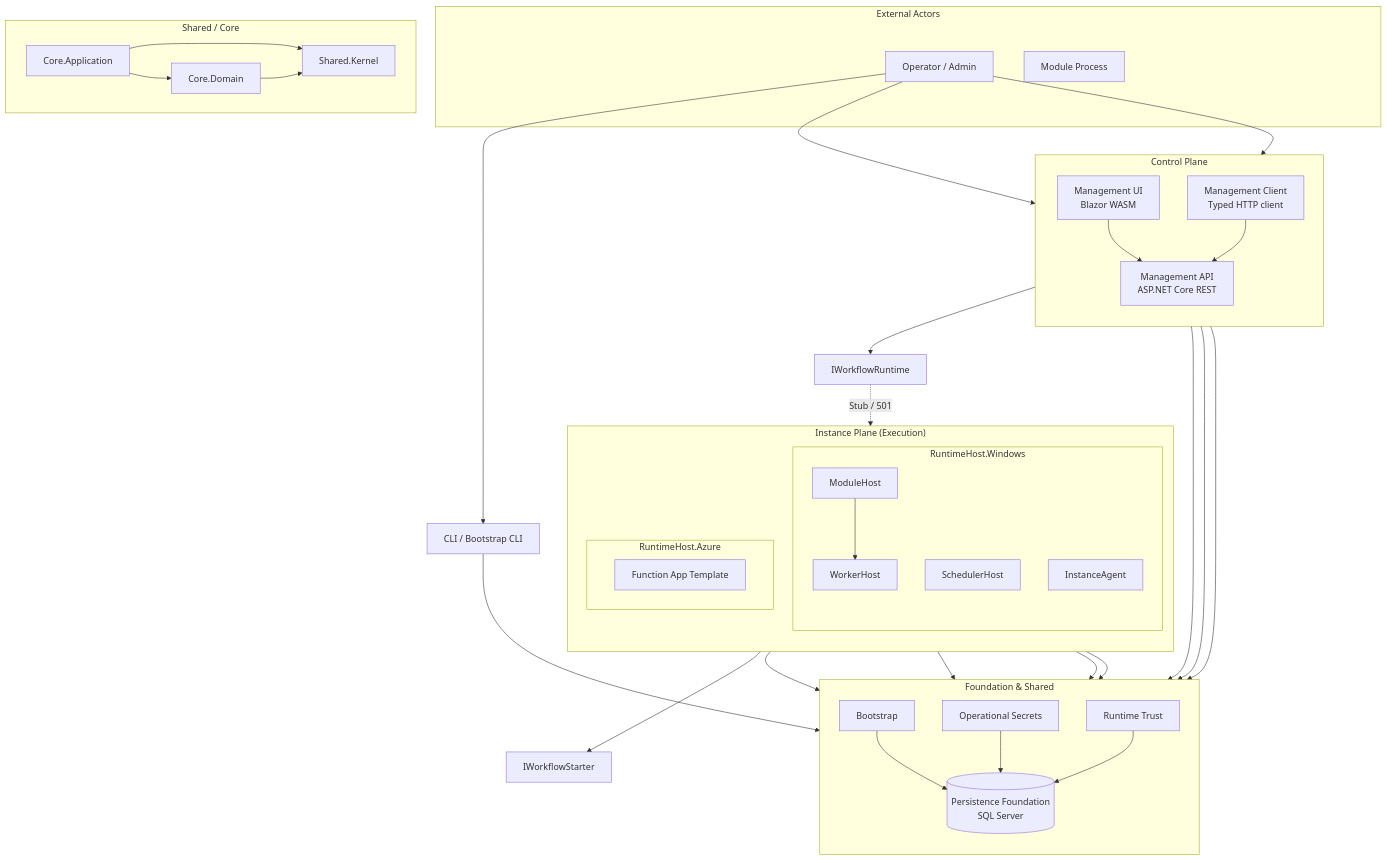
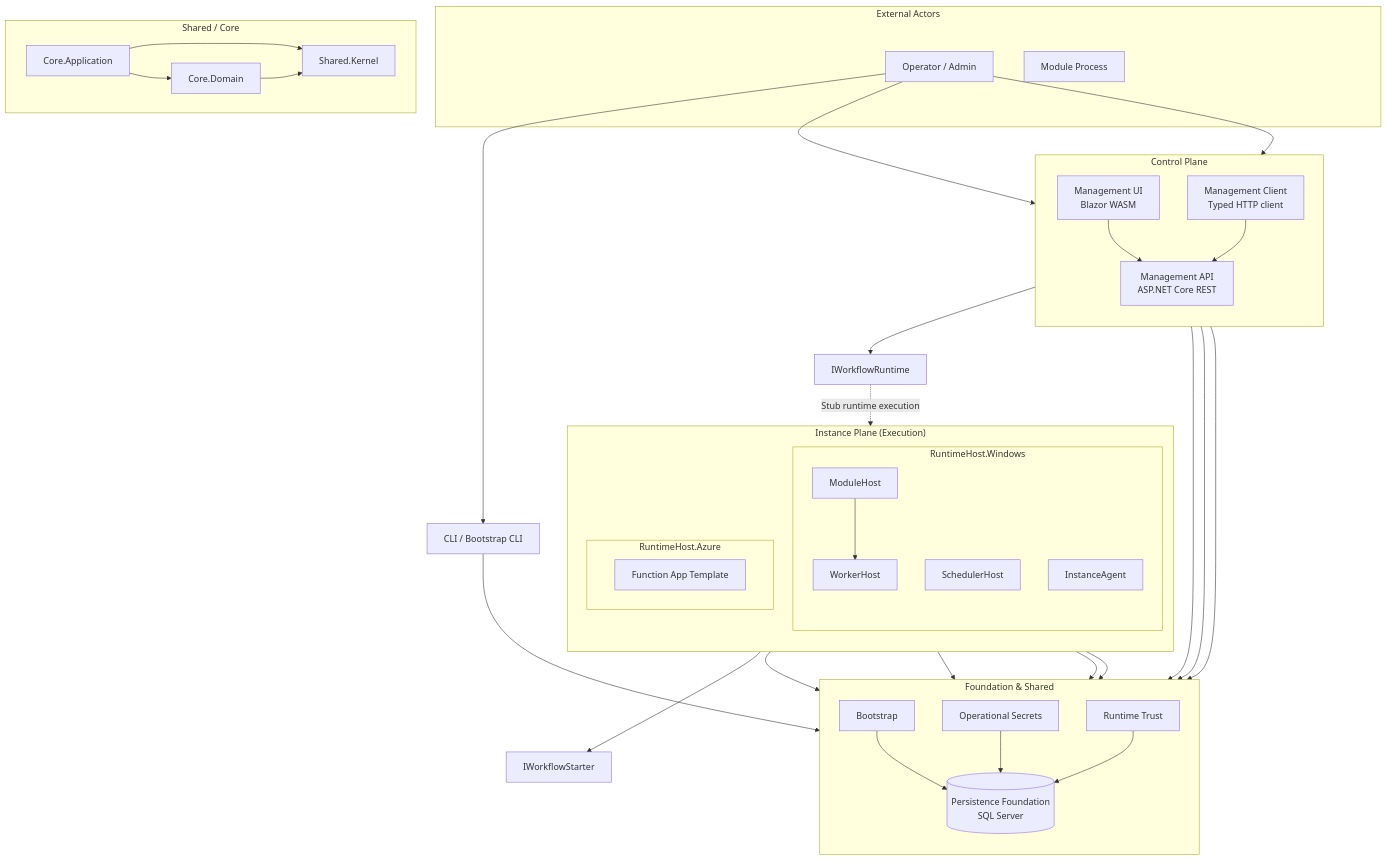
Before and after one commit to Intechral-Solutions/Apperture-Core: the first of 8 diagrams in docs/01-architecture/current-architecture-tracking.md, drawn with Mermaid. The commit also changed other lines of this file and 18 other files, not shown here.

````diff
--- a/docs/01-architecture/current-architecture-tracking.md
+++ b/docs/01-architecture/current-architecture-tracking.md
@@ -9,70 +9,70 @@
 ```mermaid
 flowchart TB
     subgraph External["External Actors"]
         Operator[Operator / Admin]
         Module[Module Process]
     end
 
     subgraph ControlPlane["Control Plane"]
         direction TB
         UI[Management UI<br/>Blazor WASM]
         API[Management API<br/>ASP.NET Core REST]
         Client[Management Client<br/>Typed HTTP client]
         UI --> API
         Client --> API
     end
 
     subgraph InstancePlane["Instance Plane (Execution)"]
         direction TB
         subgraph WindowsHost["RuntimeHost.Windows"]
             WorkerHost[WorkerHost]
             ModuleHost[ModuleHost]
             SchedulerHost[SchedulerHost]
             InstanceAgent[InstanceAgent]
         end
         subgraph AzureHost["RuntimeHost.Azure"]
             FuncApp[Function App Template]
         end
     end
 
     subgraph Foundation["Foundation & Shared"]
         direction TB
         Bootstrap[Bootstrap]
         Persistence[(Persistence Foundation<br/>SQL Server)]
         Secrets[Operational Secrets]
         RuntimeTrust[Runtime Trust]
     end
 
     subgraph Shared["Shared / Core"]
         Kernel[Shared.Kernel]
         Domain[Core.Domain]
         Application[Core.Application]
     end
 
     Operator --> UI
     Operator --> CLI
     CLI[CLI / Bootstrap CLI] --> Bootstrap
     Operator --> Client
 
     API --> IWorkflowRuntime
     API --> Persistence
     API --> Secrets
     API --> RuntimeTrust
 
-    IWorkflowRuntime[IWorkflowRuntime] -.->|Stub / 501| InstancePlane
+    IWorkflowRuntime[IWorkflowRuntime] -.->|Stub runtime execution| InstancePlane
 
     WorkerHost --> Persistence
     WorkerHost --> Secrets
     WorkerHost --> Bootstrap
     ModuleHost --> WorkerHost
     SchedulerHost --> IWorkflowStarter
     InstanceAgent --> Persistence
 
     Bootstrap --> Persistence
     Secrets --> Persistence
     RuntimeTrust --> Persistence
 
     Application --> Domain
     Application --> Kernel
     Domain --> Kernel
 ```
````
